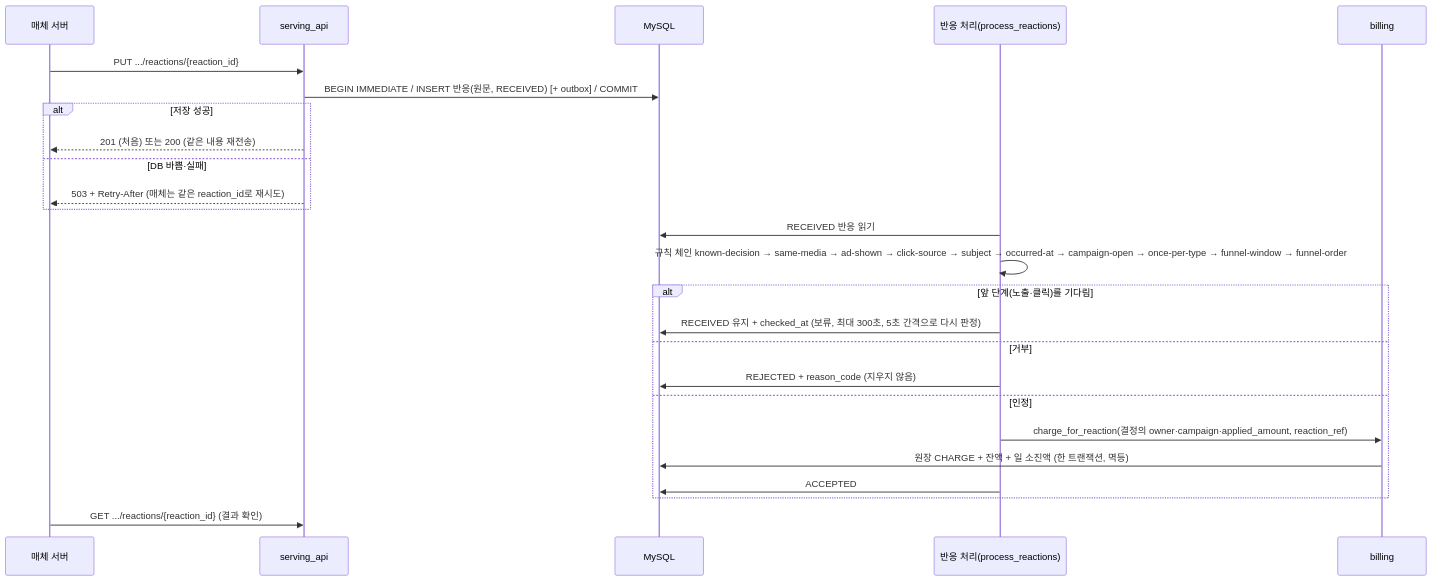
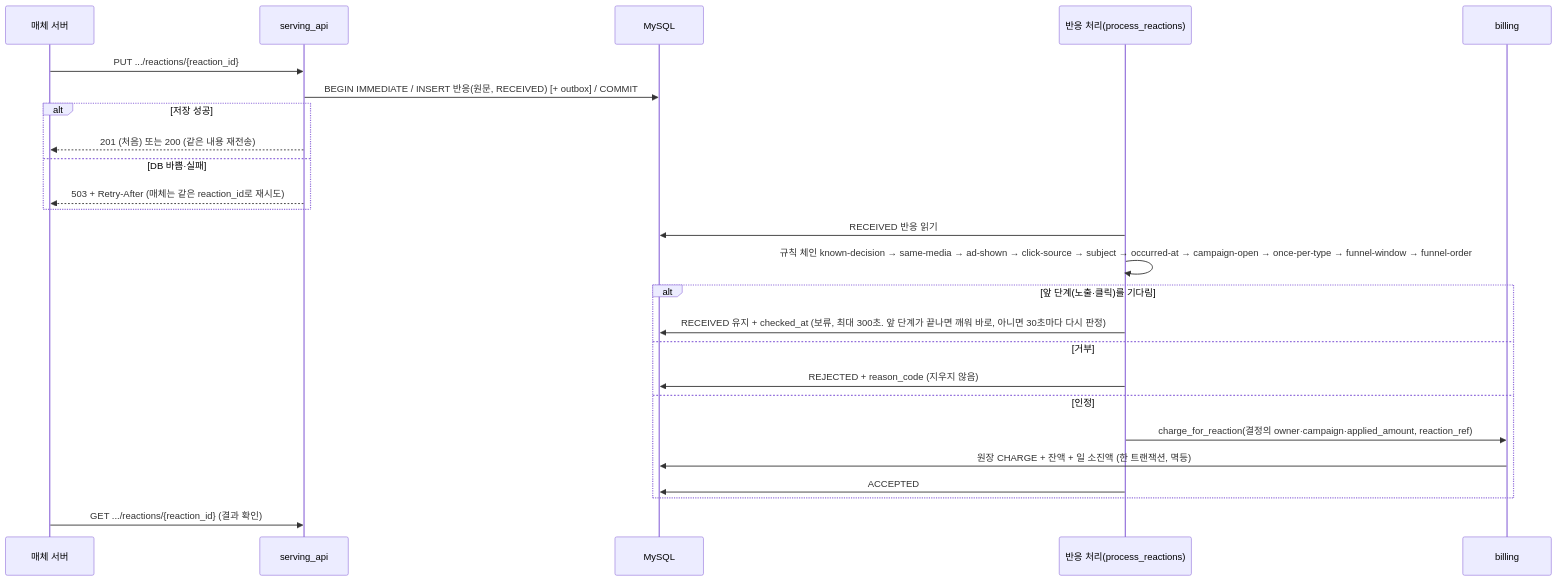
One commit to encore-ai-campus/mlo-01-p3-team2 changed the seventh of 7 diagrams in docs/ads-server/ads-server-drd.md. Above: the diagram before and after it, drawn with Mermaid. The commit also changed other lines of this file and 4 other files, not shown here.

````diff
--- a/docs/ads-server/ads-server-drd.md
+++ b/docs/ads-server/ads-server-drd.md
@@ -839,28 +839,28 @@
 ```mermaid
 sequenceDiagram
     participant M as 매체 서버
     participant S as serving_api
     participant DB as MySQL
     participant P as 반응 처리(process_reactions)
     participant B as billing
 
     M->>S: PUT .../reactions/{reaction_id}
     S->>DB: BEGIN IMMEDIATE / INSERT 반응(원문, RECEIVED) [+ outbox] / COMMIT
     alt 저장 성공
         S-->>M: 201 (처음) 또는 200 (같은 내용 재전송)
     else DB 바쁨·실패
         S-->>M: 503 + Retry-After (매체는 같은 reaction_id로 재시도)
     end
     P->>DB: RECEIVED 반응 읽기
     P->>P: 규칙 체인 known-decision → same-media → ad-shown → click-source → subject → occurred-at → campaign-open → once-per-type → funnel-window → funnel-order
     alt 앞 단계(노출·클릭)를 기다림
-        P->>DB: RECEIVED 유지 + checked_at (보류, 최대 300초, 5초 간격으로 다시 판정)
+        P->>DB: RECEIVED 유지 + checked_at (보류, 최대 300초. 앞 단계가 끝나면 깨워 바로, 아니면 30초마다 다시 판정)
     else 거부
         P->>DB: REJECTED + reason_code (지우지 않음)
     else 인정
         P->>B: charge_for_reaction(결정의 owner·campaign·applied_amount, reaction_ref)
         B->>DB: 원장 CHARGE + 잔액 + 일 소진액 (한 트랜잭션, 멱등)
         P->>DB: ACCEPTED
     end
     M->>S: GET .../reactions/{reaction_id} (결과 확인)
 ```
````
